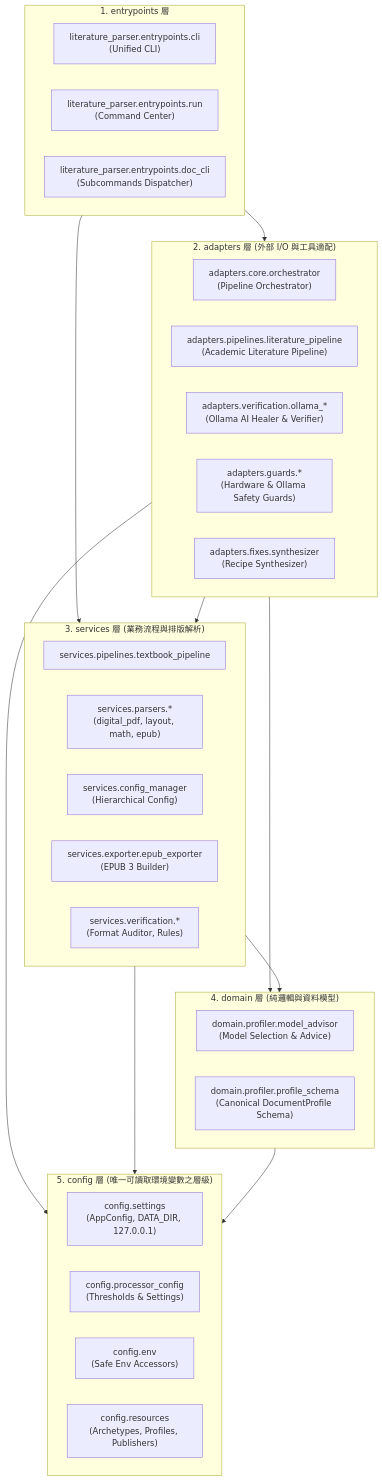
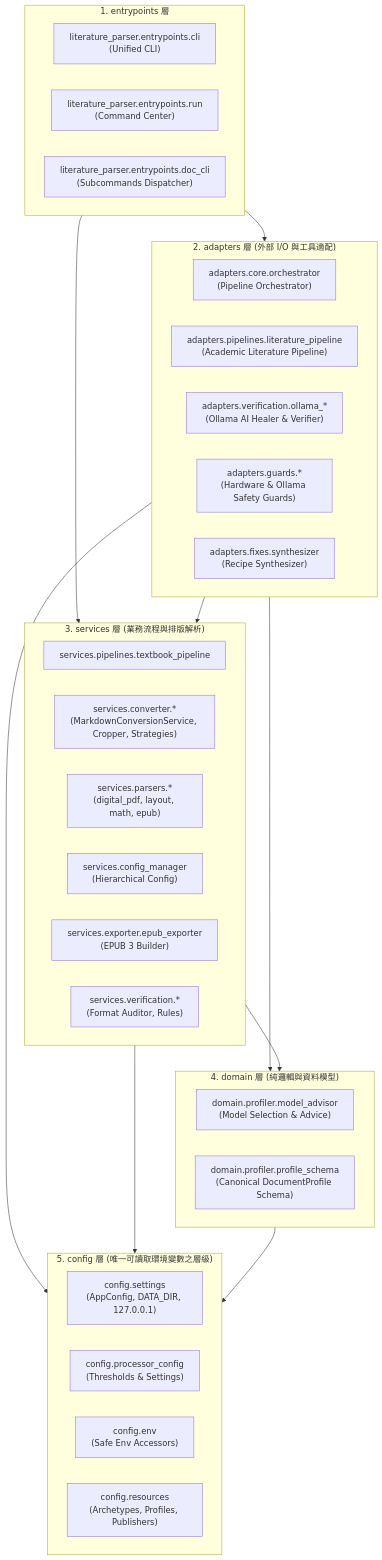
The first of 3 diagrams in docs/architecture/ARCHITECTURE.md (chinkunlim/literature-parser), drawn with Mermaid before and after one commit. The commit also changed 18 other files, not shown here.

First line of the commit message:
feat: implement modular MarkdownConversionService, CSS dual output, and figure/table cropping with equal margins (TASK-016) [agent:antigravity]

````diff
--- a/docs/architecture/ARCHITECTURE.md
+++ b/docs/architecture/ARCHITECTURE.md
@@ -10,45 +10,46 @@
 ```mermaid
 flowchart TD
     subgraph Entrypoints ["1. entrypoints 層"]
         CLI["literature_parser.entrypoints.cli<br>(Unified CLI)"]
         RunCmd["literature_parser.entrypoints.run<br>(Command Center)"]
         DocCLI["literature_parser.entrypoints.doc_cli<br>(Subcommands Dispatcher)"]
     end
 
     subgraph Adapters ["2. adapters 層 (外部 I/O 與工具適配)"]
         Orchestrator["adapters.core.orchestrator<br>(Pipeline Orchestrator)"]
         LitPipe["adapters.pipelines.literature_pipeline<br>(Academic Literature Pipeline)"]
         OllamaAdp["adapters.verification.ollama_*<br>(Ollama AI Healer & Verifier)"]
         GuardsAdp["adapters.guards.*<br>(Hardware & Ollama Safety Guards)"]
         FixSynth["adapters.fixes.synthesizer<br>(Recipe Synthesizer)"]
     end
 
     subgraph Services ["3. services 層 (業務流程與排版解析)"]
         TextbookPipe["services.pipelines.textbook_pipeline"]
+        Converter["services.converter.*<br>(MarkdownConversionService, Cropper, Strategies)"]
         Parsers["services.parsers.*<br>(digital_pdf, layout, math, epub)"]
         CfgMgr["services.config_manager<br>(Hierarchical Config)"]
         Exporter["services.exporter.epub_exporter<br>(EPUB 3 Builder)"]
         VerifyService["services.verification.*<br>(Format Auditor, Rules)"]
     end
 
     subgraph Domain ["4. domain 層 (純邏輯與資料模型)"]
         Advisor["domain.profiler.model_advisor<br>(Model Selection & Advice)"]
         ProfileSchema["domain.profiler.profile_schema<br>(Canonical DocumentProfile Schema)"]
     end
 
     subgraph Config ["5. config 層 (唯一可讀取環境變數之層級)"]
         Settings["config.settings<br>(AppConfig, DATA_DIR, 127.0.0.1)"]
         ProcConfig["config.processor_config<br>(Thresholds & Settings)"]
         Env["config.env<br>(Safe Env Accessors)"]
         Resources["config.resources<br>(Archetypes, Profiles, Publishers)"]
     end
 
     Entrypoints --> Adapters
     Entrypoints --> Services
     Adapters --> Services
     Adapters --> Domain
     Adapters --> Config
     Services --> Domain
     Services --> Config
     Domain --> Config
 ```
````
